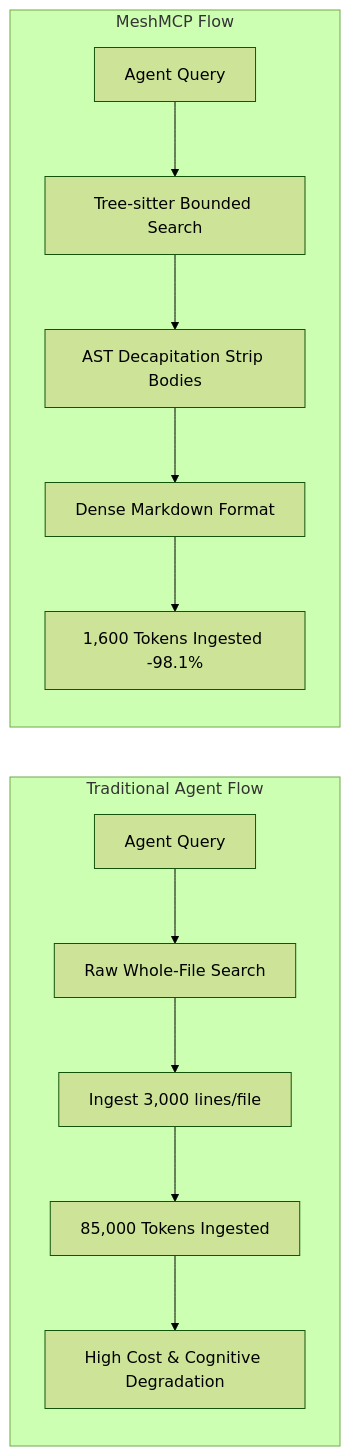
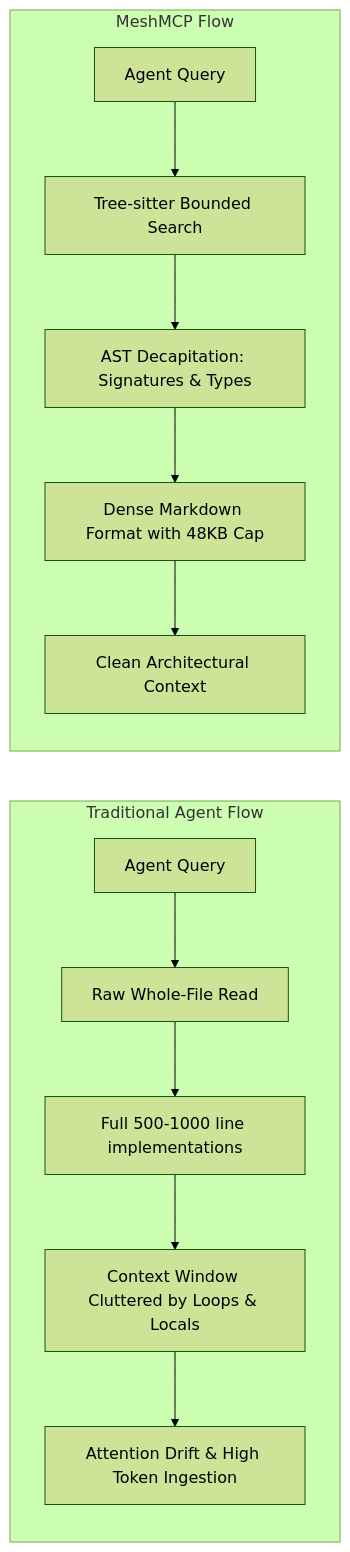
One commit to VictorAgahi/causalmesh changed the diagram in docs/benchmarks.md. Above: the diagram before and after it, drawn with Mermaid (forest theme). The commit also changed other lines of this file and 5 other files, not shown here.

Commit message:
docs: ground context engineering claims, update architecture with daemon, and add SETUP.md

````diff
--- a/docs/benchmarks.md
+++ b/docs/benchmarks.md
@@ -14,16 +14,16 @@
 ```mermaid
 graph LR
     subgraph Traditional Agent Flow
-        A1[Agent Query] --> A2[Raw Whole-File Search]
-        A2 --> A3[Ingest 3,000 lines/file]
-        A3 --> A4[85,000 Tokens Ingested]
-        A4 --> A5[High Cost & Cognitive Degradation]
+        A1[Agent Query] --> A2[Raw Whole-File Read]
+        A2 --> A3[Full 500-1000 line implementations]
+        A3 --> A4[Context Window Cluttered by Loops & Locals]
+        A4 --> A5[Attention Drift & High Token Ingestion]
     end
 
     subgraph MeshMCP Flow
         M1[Agent Query] --> M2[Tree-sitter Bounded Search]
-        M2 --> M3[AST Decapitation Strip Bodies]
-        M3 --> M4[Dense Markdown Format]
-        M4 --> M5[1,600 Tokens Ingested -98.1%]
+        M2 --> M3[AST Decapitation: Signatures & Types]
+        M3 --> M4[Dense Markdown Format with 48KB Cap]
+        M4 --> M5[Clean Architectural Context]
     end
 ```
````
